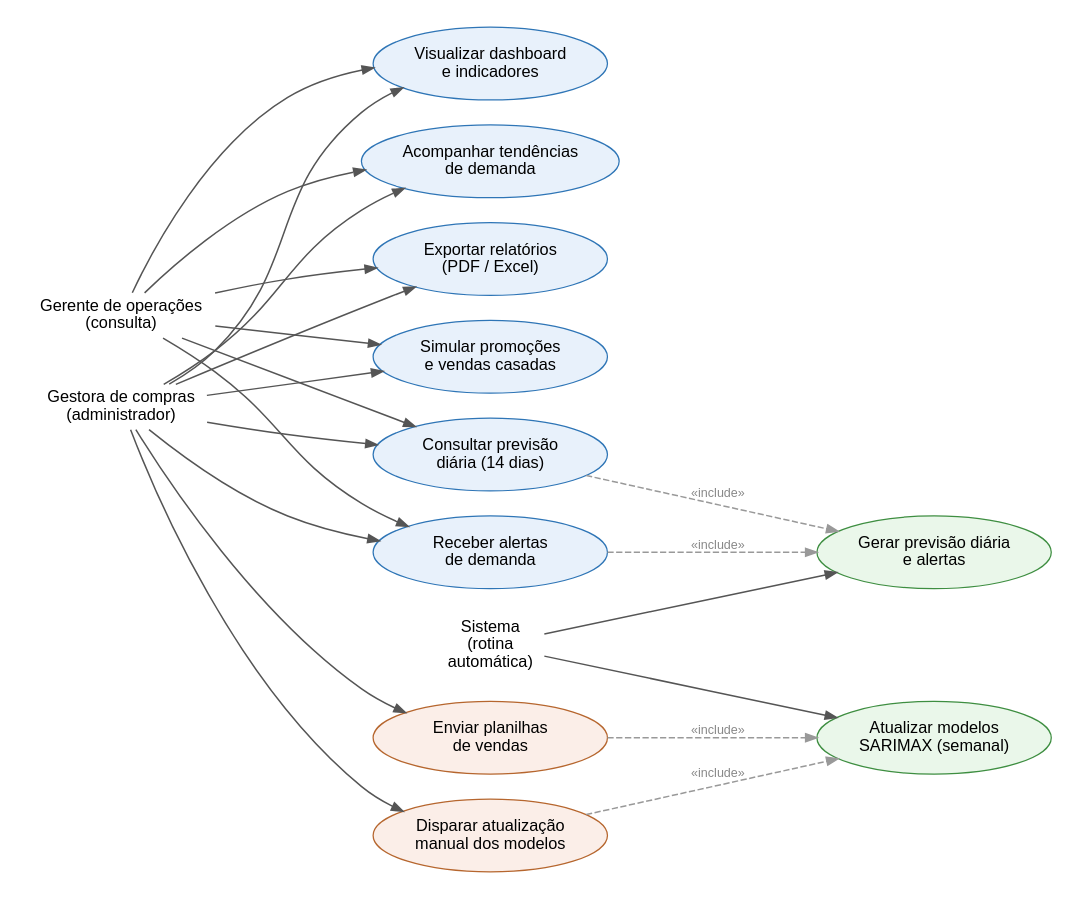
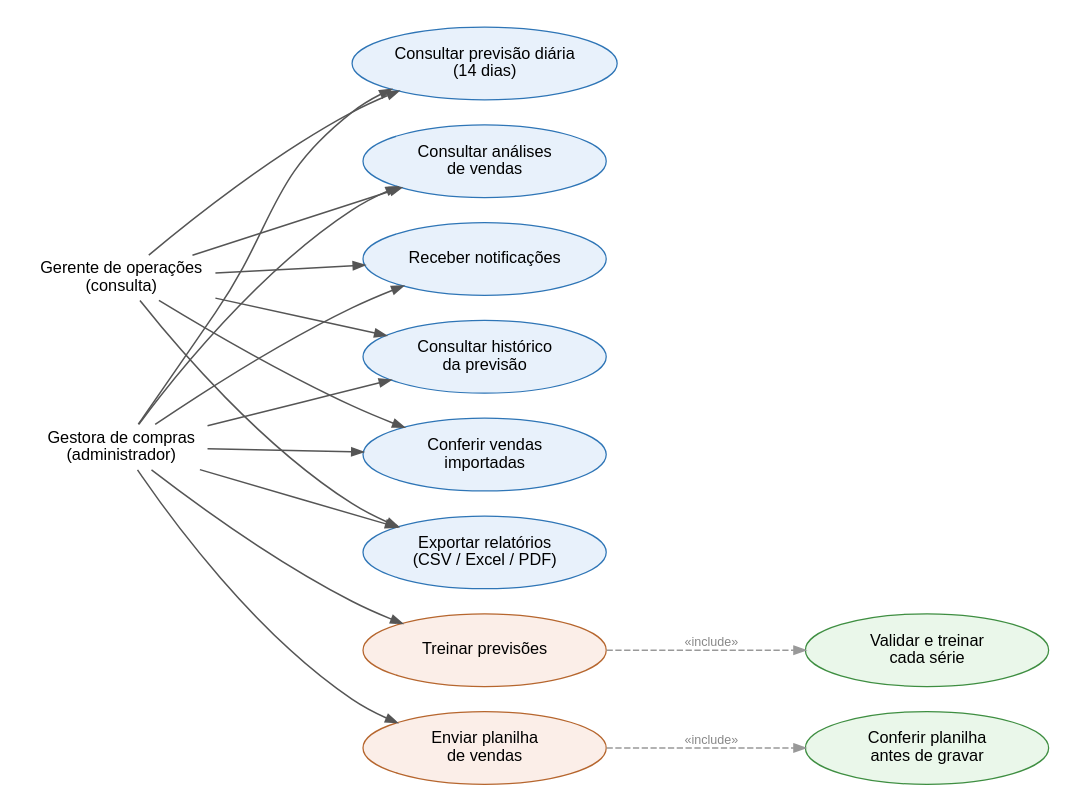
One commit to FelipeGA02/TCC---Inventory-Forecasting changed the diagram in .claude/skills/artigo-tcc/diagramas/fig1_casos_de_uso.dot. Above: the diagram before and after it, drawn with Graphviz. The commit also changed 28 other files, not shown here.

First line of the commit message:
docs(artigo): relatório técnico v4 e diagramas revisados

```diff
--- a/.claude/skills/artigo-tcc/diagramas/fig1_casos_de_uso.dot
+++ b/.claude/skills/artigo-tcc/diagramas/fig1_casos_de_uso.dot
@@ -1,30 +1,26 @@
 digraph UC {
-  rankdir=LR; nodesep=0.28; ranksep=1.6; pad=0.2;
+  rankdir=LR; nodesep=0.28; ranksep=1.5; pad=0.2;
   node [fontname="Arial", fontsize=13];
   edge [color="#555555", arrowsize=0.9, penwidth=1.2];
   node [shape=plaintext];
-  sis [label="Sistema\n(rotina\nautomática)"];
   adm [label="Gestora de compras\n(administrador)"];
   con [label="Gerente de operações\n(consulta)"];
-  node [shape=ellipse, style=filled, fillcolor="#e8f1fb", color="#2e75b6", width=2.6, height=0.8];
-  up  [label="Enviar planilhas\nde vendas", fillcolor="#fbeee8", color="#b6662e"];
-  rt  [label="Disparar atualização\nmanual dos modelos", fillcolor="#fbeee8", color="#b6662e"];
-  dash [label="Visualizar dashboard\ne indicadores"];
-  prev [label="Consultar previsão\ndiária (14 dias)"];
-  tend [label="Acompanhar tendências\nde demanda"];
-  al  [label="Receber alertas\nde demanda"];
-  sim [label="Simular promoções\ne vendas casadas"];
-  exp [label="Exportar relatórios\n(PDF / Excel)"];
+  node [shape=ellipse, style=filled, fillcolor="#e8f1fb", color="#2e75b6", width=2.7, height=0.8];
+  up  [label="Enviar planilha\nde vendas", fillcolor="#fbeee8", color="#b6662e"];
+  tr  [label="Treinar previsões", fillcolor="#fbeee8", color="#b6662e"];
+  ana [label="Consultar análises\nde vendas"];
+  prev [label="Consultar previsão diária\n(14 dias)"];
+  hist [label="Consultar histórico\nda previsão"];
+  conf [label="Conferir vendas\nimportadas"];
+  noti [label="Receber notificações"];
+  exp [label="Exportar relatórios\n(CSV / Excel / PDF)"];
   node [fillcolor="#eaf7ea", color="#3e8e41"];
-  upd [label="Atualizar modelos\nSARIMAX (semanal)"];
-  gen [label="Gerar previsão diária\ne alertas"];
-  sis -> upd; sis -> gen;
-  adm -> up; adm -> rt; adm -> dash; adm -> prev; adm -> tend; adm -> al; adm -> sim; adm -> exp;
-  con -> dash; con -> prev; con -> tend; con -> al; con -> sim; con -> exp;
+  ver [label="Conferir planilha\nantes de gravar"];
+  val [label="Validar e treinar\ncada série"];
+  adm -> up; adm -> tr; adm -> ana; adm -> prev; adm -> hist; adm -> conf; adm -> noti; adm -> exp;
+  con -> ana; con -> prev; con -> hist; con -> conf; con -> noti; con -> exp;
   edge [style=dashed, color="#999999", fontcolor="#888888", fontsize=10, fontname="Arial"];
-  up -> upd [label="«include»"];
-  rt -> upd [label="«include»"];
-  prev -> gen [label="«include»"];
-  al -> gen [label="«include»"];
-  {rank=same; upd; gen;}
+  up -> ver [label="«include»"];
+  tr -> val [label="«include»"];
+  {rank=same; ver; val;}
 }
```
